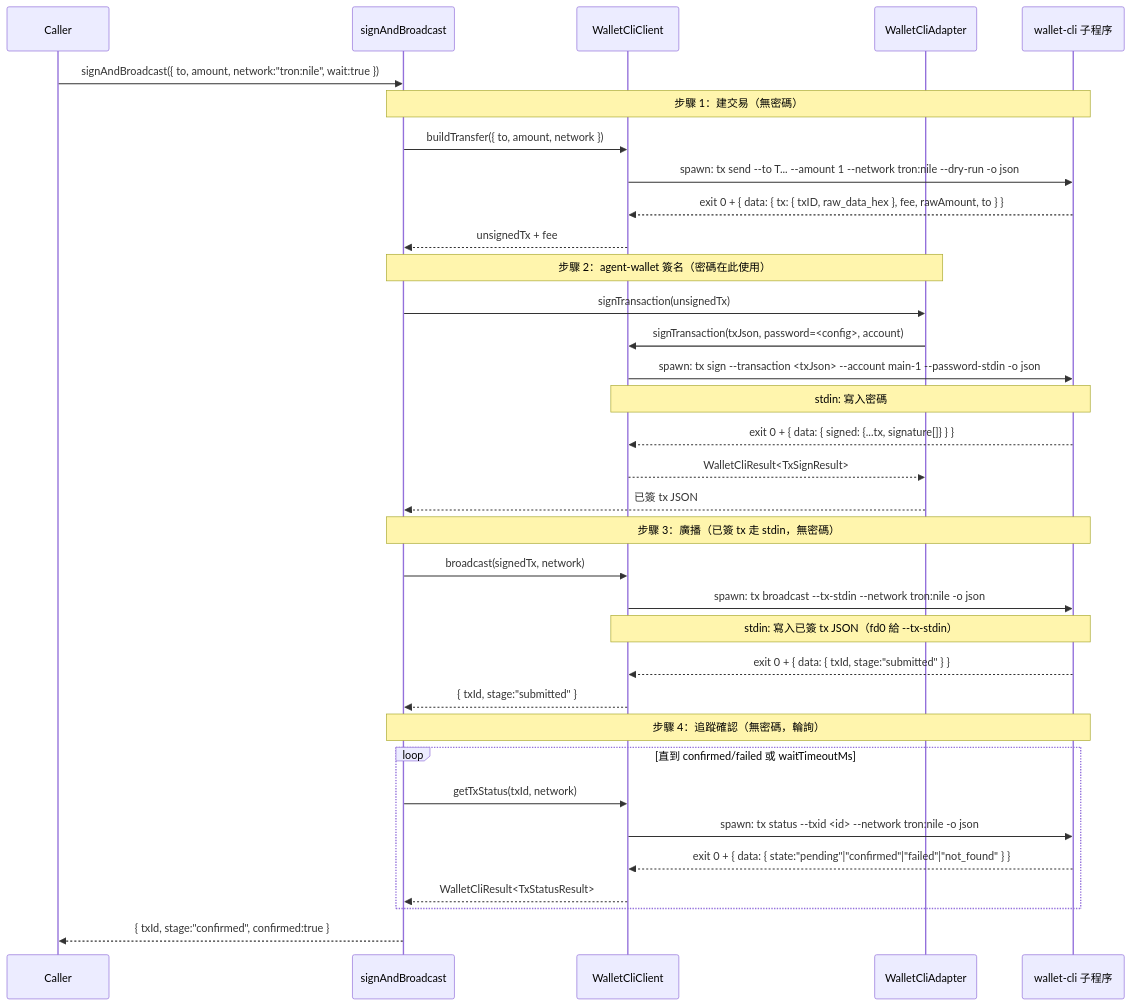
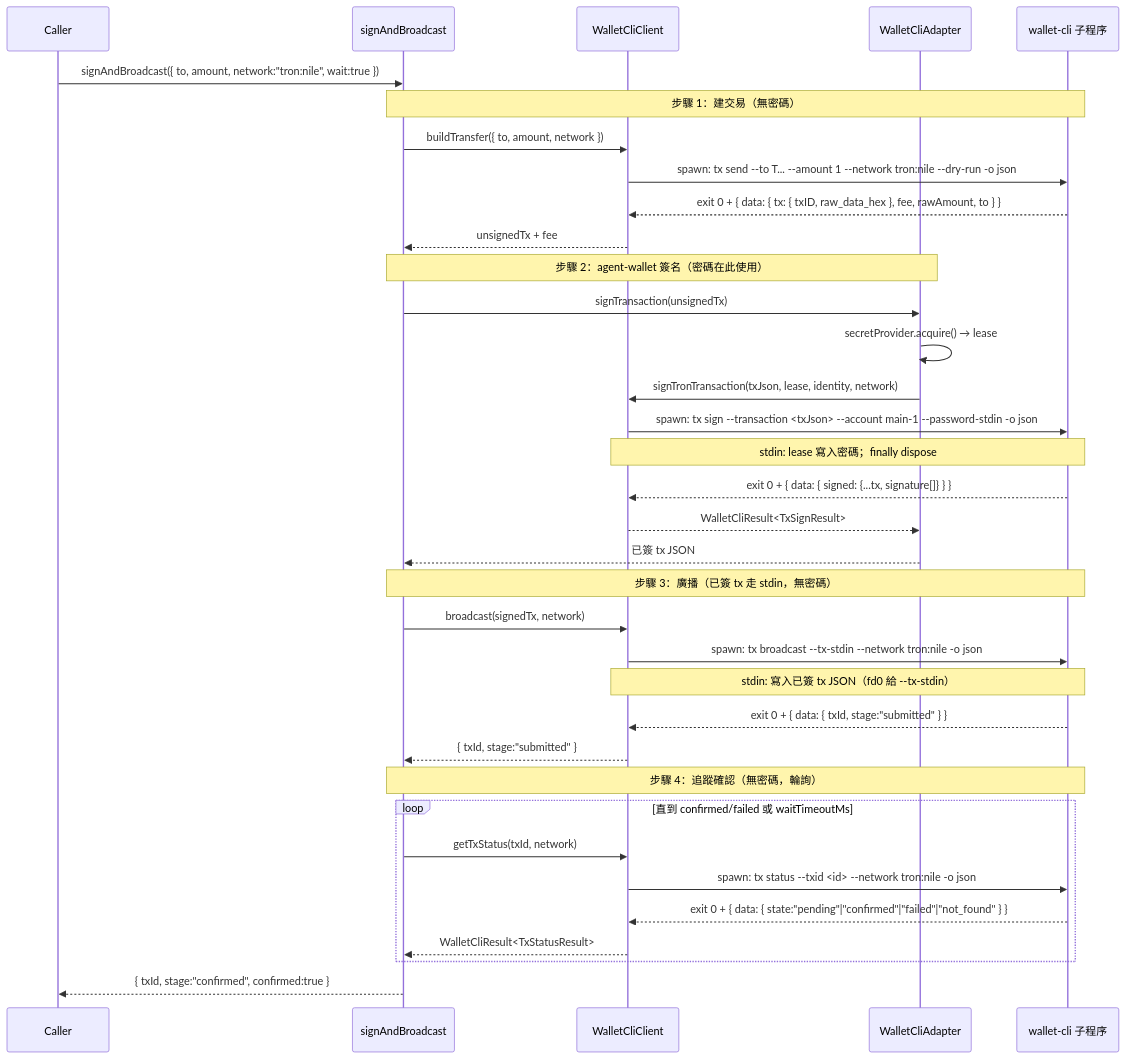
The fifth of 5 diagrams in .kiro/specs/wallet-cli-integration/design.md (BofAI/agent-wallet), drawn with Mermaid before and after one commit. The commit also changed other lines of this file and 36 other files, not shown here.

````diff
--- a/.kiro/specs/wallet-cli-integration/design.md
+++ b/.kiro/specs/wallet-cli-integration/design.md
@@ -448,41 +695,42 @@
 ```mermaid
 sequenceDiagram
   participant App as Caller
   participant Orch as signAndBroadcast
   participant Client as WalletCliClient
   participant Signer as WalletCliAdapter
   participant Cli as wallet-cli 子程序
 
   App->>Orch: signAndBroadcast({ to, amount, network:"tron:nile", wait:true })
 
   Note over Orch,Cli: 步驟 1：建交易（無密碼）
   Orch->>Client: buildTransfer({ to, amount, network })
   Client->>Cli: spawn: tx send --to T... --amount 1 --network tron:nile --dry-run -o json
   Cli-->>Client: exit 0 + { data: { tx: { txID, raw_data_hex }, fee, rawAmount, to } }
   Client-->>Orch: unsignedTx + fee
 
   Note over Orch,Signer: 步驟 2：agent-wallet 簽名（密碼在此使用）
   Orch->>Signer: signTransaction(unsignedTx)
-  Signer->>Client: signTransaction(txJson, password=<config>, account)
+  Signer->>Signer: secretProvider.acquire() → lease
+  Signer->>Client: signTronTransaction(txJson, lease, identity, network)
   Client->>Cli: spawn: tx sign --transaction <txJson> --account main-1 --password-stdin -o json
-  Note over Client,Cli: stdin: 寫入密碼
+  Note over Client,Cli: stdin: lease 寫入密碼；finally dispose
   Cli-->>Client: exit 0 + { data: { signed: {...tx, signature[]} } }
   Client-->>Signer: WalletCliResult<TxSignResult>
   Signer-->>Orch: 已簽 tx JSON
 
   Note over Orch,Cli: 步驟 3：廣播（已簽 tx 走 stdin，無密碼）
   Orch->>Client: broadcast(signedTx, network)
   Client->>Cli: spawn: tx broadcast --tx-stdin --network tron:nile -o json
   Note over Client,Cli: stdin: 寫入已簽 tx JSON（fd0 給 --tx-stdin）
   Cli-->>Client: exit 0 + { data: { txId, stage:"submitted" } }
   Client-->>Orch: { txId, stage:"submitted" }
 
   Note over Orch,Cli: 步驟 4：追蹤確認（無密碼，輪詢）
   loop 直到 confirmed/failed 或 waitTimeoutMs
     Orch->>Client: getTxStatus(txId, network)
     Client->>Cli: spawn: tx status --txid <id> --network tron:nile -o json
     Cli-->>Client: exit 0 + { data: { state:"pending"|"confirmed"|"failed"|"not_found" } }
     Client-->>Orch: WalletCliResult<TxStatusResult>
   end
   Orch-->>App: { txId, stage:"confirmed", confirmed:true }
 ```
````
